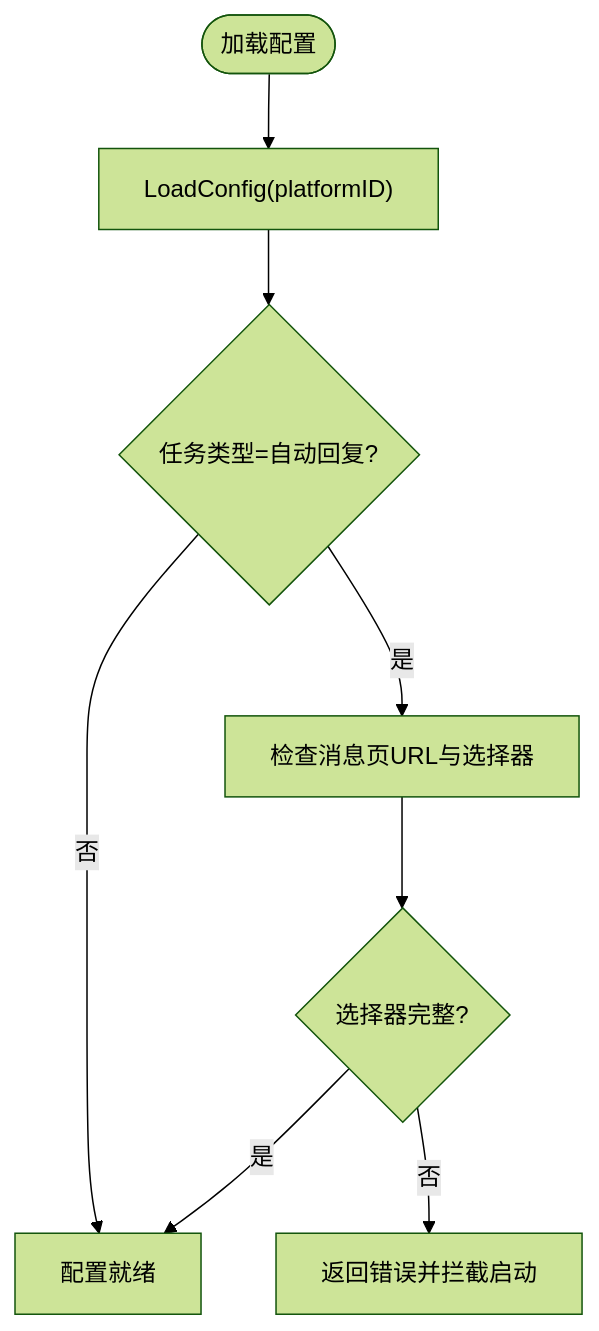
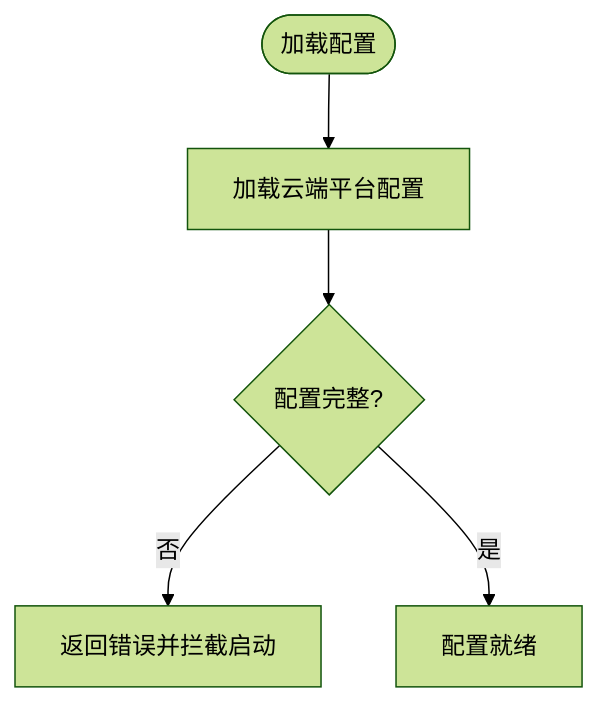
The seventh of 9 diagrams in .qoder/repowiki/zh/content/系统架构/本地Agent架构/平台适配器系统/平台适配器系统.md (alvinwangzi/goodhr), drawn with Mermaid (forest theme) before and after one commit. The commit also changed other lines of this file and 10 other files, not shown here.

````diff
--- a/.qoder/repowiki/zh/content/系统架构/本地Agent架构/平台适配器系统/平台适配器系统.md
+++ b/.qoder/repowiki/zh/content/系统架构/本地Agent架构/平台适配器系统/平台适配器系统.md
@@ -362,10 +268,7 @@
 ```mermaid
 flowchart TD
-Start(["加载配置"]) --> Load["LoadConfig(platformID)"]
-Load --> Validate{"任务类型=自动回复?"}
-Validate -- 否 --> Ready["配置就绪"]
-Validate -- 是 --> CheckMsg["检查消息页URL与选择器"]
-CheckMsg --> Valid{"选择器完整?"}
-Valid -- 否 --> Error["返回错误并拦截启动"]
-Valid -- 是 --> Ready
+Start(["加载配置"]) --> Load["加载云端平台配置"]
+Load --> Validate{"配置完整?"}
+Validate -- 否 --> Error["返回错误并拦截启动"]
+Validate -- 是 --> Ready["配置就绪"]
 ```
````
